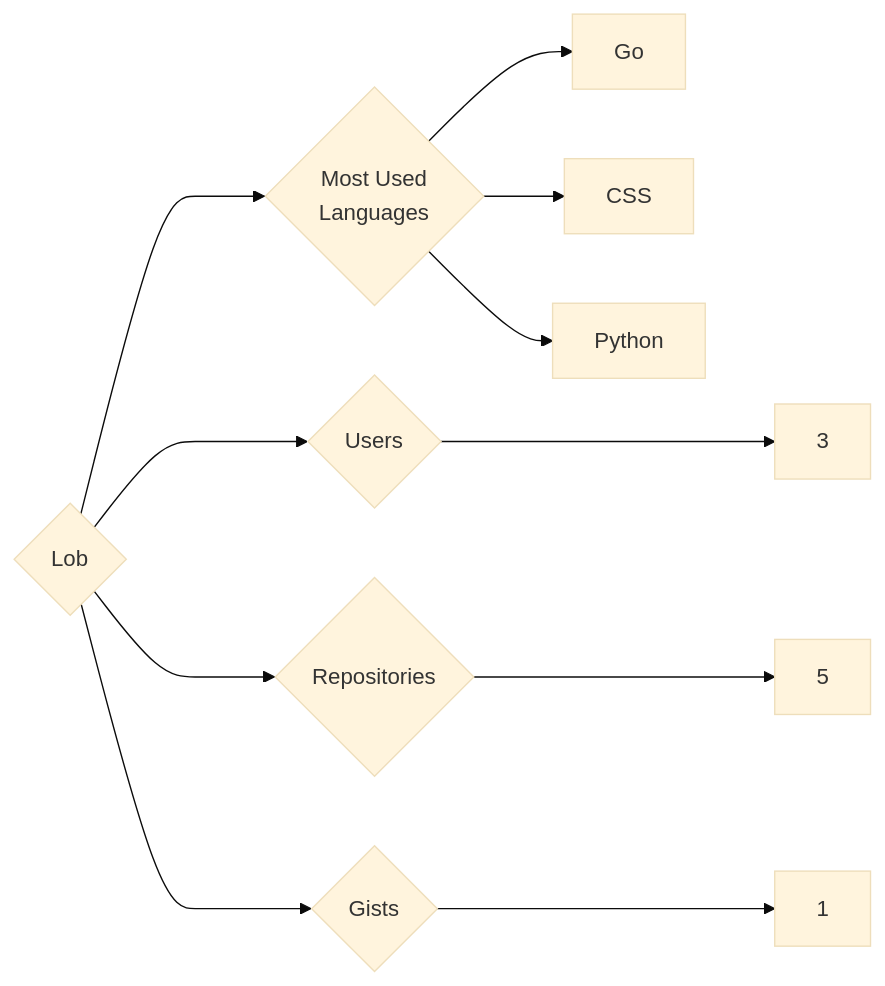
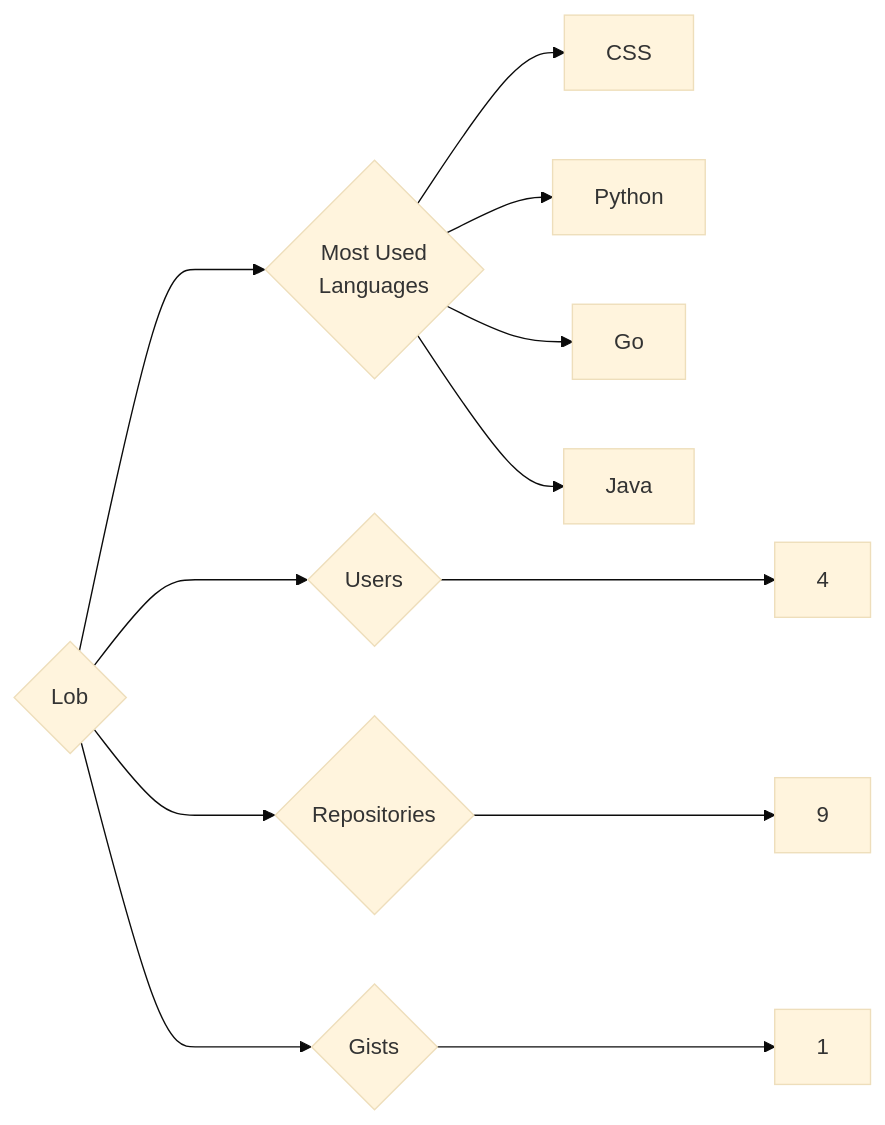
The diagram in targets/Lob/README.md (trickest/insiders), drawn with Mermaid (base theme) before and after one commit. The commit also changed 681 other files, not shown here.

````diff
--- a/targets/Lob/README.md
+++ b/targets/Lob/README.md
@@ -3,11 +3,12 @@
 ```mermaid
 graph LR
 COMPANY_NAME{Lob}
-COMPANY_NAME ---> U{Users} ---> UN[3]
-COMPANY_NAME ---> R{Repositories} ---> RN[5]
+COMPANY_NAME ---> U{Users} ---> UN[4]
+COMPANY_NAME ---> R{Repositories} ---> RN[9]
 COMPANY_NAME ---> G{Gists} ---> GN[1]
 COMPANY_NAME ---> ML{Most Used<br>Languages}
-ML --> Go[Go]
 ML --> CSS[CSS]
 ML --> Python[Python]
+ML --> Go[Go]
+ML --> Java[Java]
 ```
````
